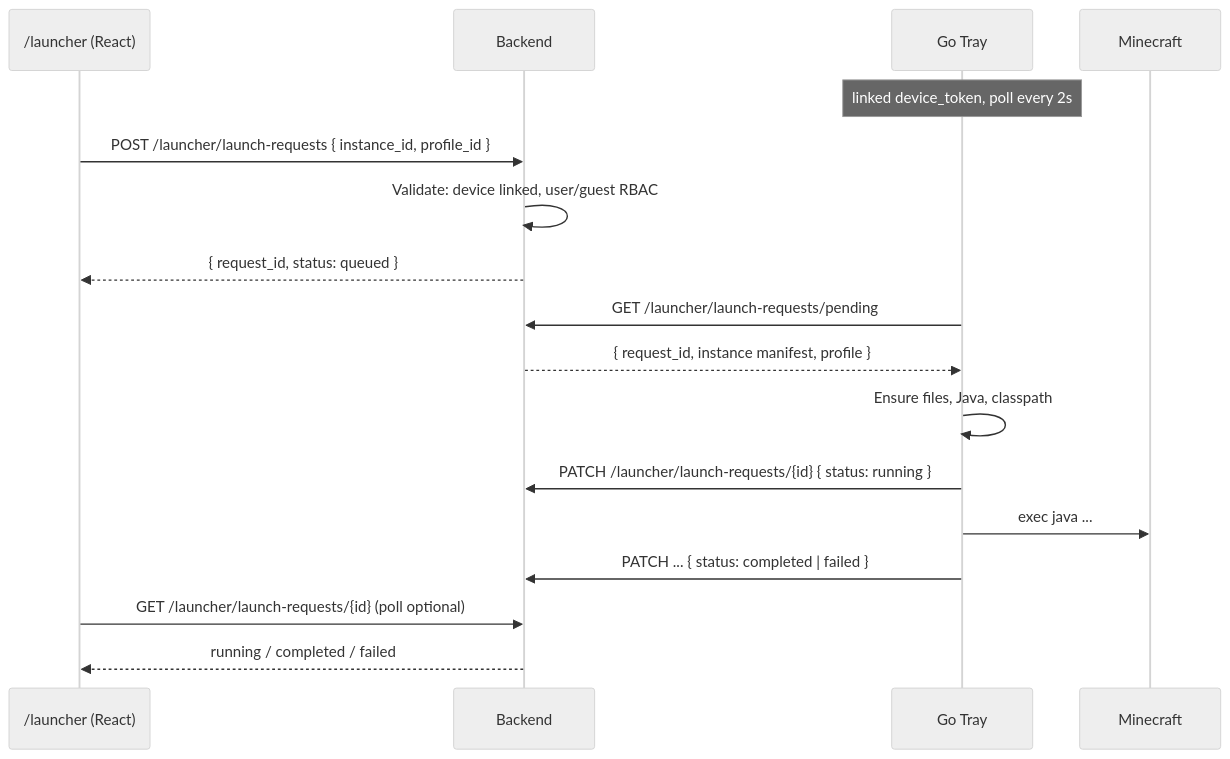
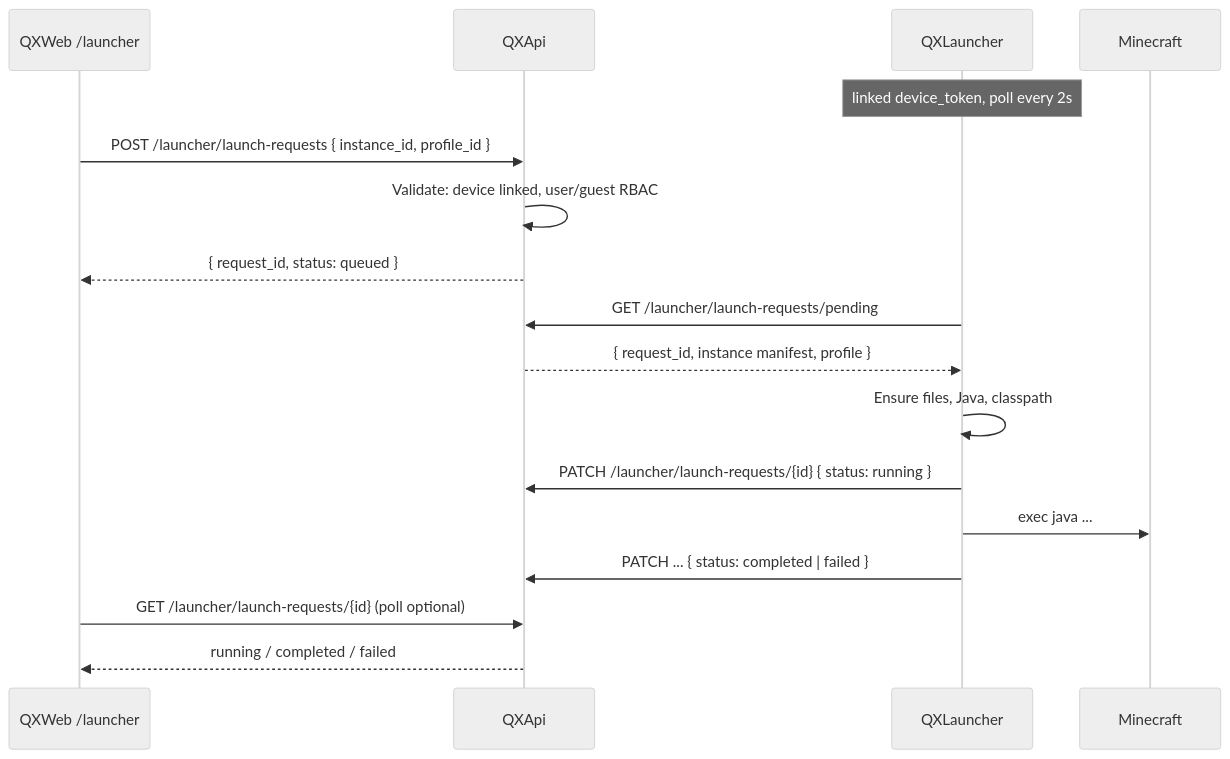
The first of 2 diagrams in docs/launch-bridge.md (mindevis/qx-project), drawn with Mermaid (neutral theme) before and after one commit. The commit also changed other lines of this file and 14 other files, not shown here.

````diff
--- a/docs/launch-bridge.md
+++ b/docs/launch-bridge.md
@@ -22,20 +22,20 @@
 ```mermaid
 sequenceDiagram
-    participant UI as /launcher (React)
-    participant API as Backend
-    participant T as Go Tray
+    participant UI as QXWeb /launcher
+    participant API as QXApi
+    participant T as QXLauncher
     participant JVM as Minecraft
 
     Note over T: linked device_token, poll every 2s
     UI->>API: POST /launcher/launch-requests { instance_id, profile_id }
     API->>API: Validate: device linked, user/guest RBAC
     API-->>UI: { request_id, status: queued }
     T->>API: GET /launcher/launch-requests/pending
     API-->>T: { request_id, instance manifest, profile }
     T->>T: Ensure files, Java, classpath
     T->>API: PATCH /launcher/launch-requests/{id} { status: running }
     T->>JVM: exec java ...
     T->>API: PATCH ... { status: completed | failed }
     UI->>API: GET /launcher/launch-requests/{id} (poll optional)
     API-->>UI: running / completed / failed
 ```
````
